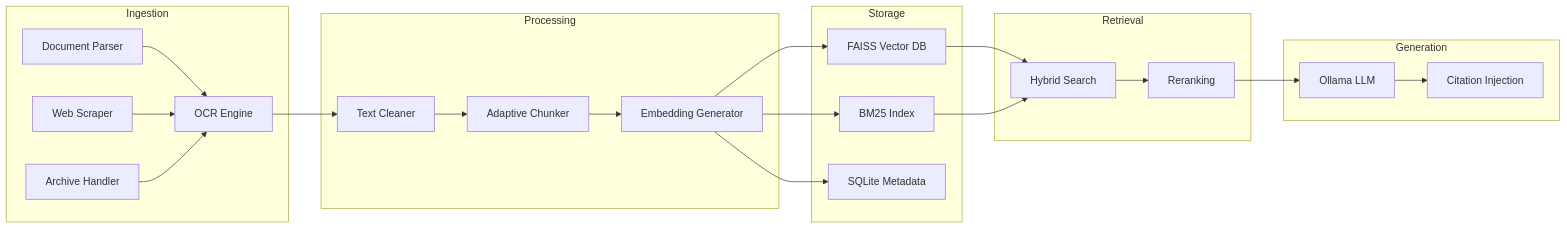
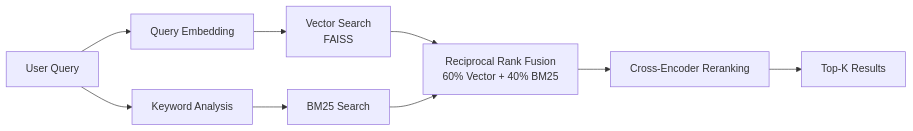
Before and after one commit to satyaki-mitra/docu-vault-ai: the first of 4 diagrams in README.md, drawn with Mermaid. The commit also changed other lines of this file and 2 other files, not shown here.

````diff
--- a/README.md
+++ b/README.md
@@ -184,31 +69,11 @@
 ```mermaid
 graph LR
-    subgraph "Ingestion"
-        A[Document Parser] --> B[OCR Engine]
-        C[Web Scraper] --> B
-        D[Archive Handler] --> B
-    end
-    
-    subgraph "Processing"
-        B --> E[Text Cleaner]
-        E --> F[Adaptive Chunker]
-        F --> G[Embedding Generator]
-    end
-    
-    subgraph "Storage"
-        G --> H[FAISS Vector DB]
-        G --> I[BM25 Index]
-        G --> J[SQLite Metadata]
-    end
-    
-    subgraph "Retrieval"
-        H --> K[Hybrid Search]
-        I --> K
-        K --> L[Reranking]
-    end
-    
-    subgraph "Generation"
-        L --> M[Ollama LLM]
-        M --> N[Citation Injection]
-    end
+    A[User Query] --> B[Query Embedding]
+    A --> C[Keyword Analysis]
+    B --> D[Vector Search<br/>FAISS]
+    C --> E[BM25 Search]
+    D --> F[Reciprocal Rank Fusion<br/>60% Vector + 40% BM25]
+    E --> F
+    F --> G[Cross-Encoder Reranking]
+    G --> H[Top-K Results]
 ```
````
